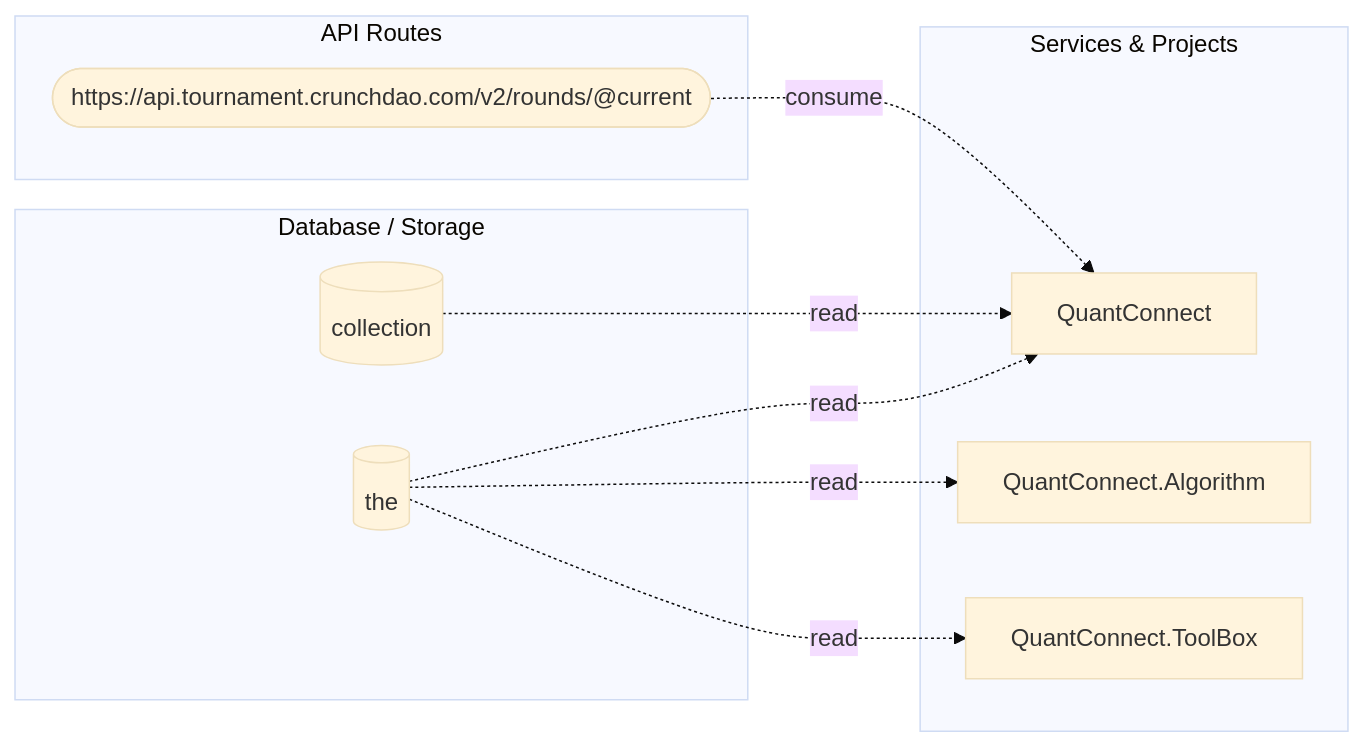
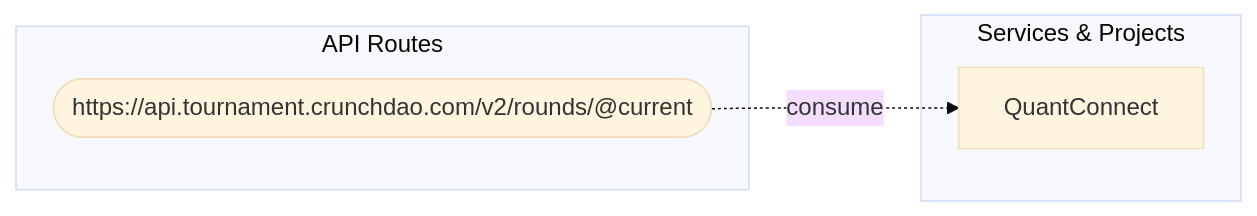
The diagram in output-lean/diagrams/data-flow.mmd (GanizaniSitara/tools-static-analysis), drawn with Mermaid (base theme) before and after one commit. The commit also changed 29 other files, not shown here.

```diff
--- a/output-lean/diagrams/data-flow.mmd
+++ b/output-lean/diagrams/data-flow.mmd
@@ -1,18 +1,8 @@
 graph LR
     subgraph Projects["Services & Projects"]
         QuantConnect["QuantConnect"]
-        QuantConnect_Algorithm["QuantConnect.Algorithm"]
-        QuantConnect_ToolBox["QuantConnect.ToolBox"]
-    end
-    subgraph Database["Database / Storage"]
-        table_the[("the")]
-        table_collection[("collection")]
     end
     subgraph APIs["API Routes"]
         url_https___api_tournament_crunchdao_com_v2_rounds__current(["https://api.tournament.crunchdao.com/v2/rounds/@current"])
     end
-    table_the -.->|read| QuantConnect
-    table_the -.->|read| QuantConnect_Algorithm
-    table_the -.->|read| QuantConnect_ToolBox
-    table_collection -.->|read| QuantConnect
     url_https___api_tournament_crunchdao_com_v2_rounds__current -.->|consume| QuantConnect
```
